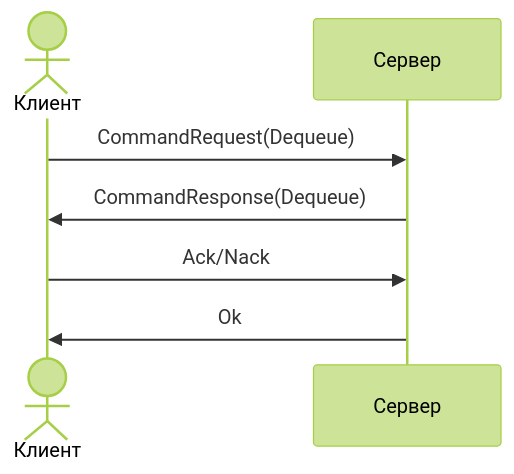
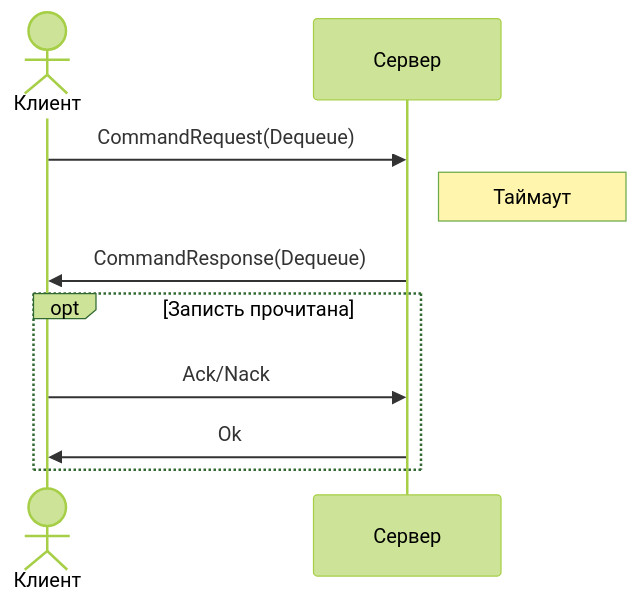
One commit to ashenBlade/TaskFlux changed the fourth of 4 diagrams in docs/developer/client-network-protocol.md. Above: the diagram before and after it, drawn with Mermaid (forest theme). The commit also changed other lines of this file and 29 other files, not shown here.

````diff
--- a/docs/developer/client-network-protocol.md
+++ b/docs/developer/client-network-protocol.md
@@ -142,10 +154,13 @@
 ```mermaid
 sequenceDiagram
-    actor Клиент
-    participant Сервер
-    
-    Клиент->>Сервер: CommandRequest(Dequeue)
-    Сервер->>Клиент: CommandResponse(Dequeue)
-   Клиент ->> Сервер: Ack/Nack
-   Сервер ->> Клиент: Ok
+   actor Клиент
+   participant Сервер
+        
+   Клиент->>Сервер: CommandRequest(Dequeue)
+   Note right of Сервер: Таймаут
+   Сервер->>Клиент: CommandResponse(Dequeue)
+   opt Записть прочитана 
+      Клиент ->> Сервер: Ack/Nack
+      Сервер ->> Клиент: Ok
+   end
 ```
````
